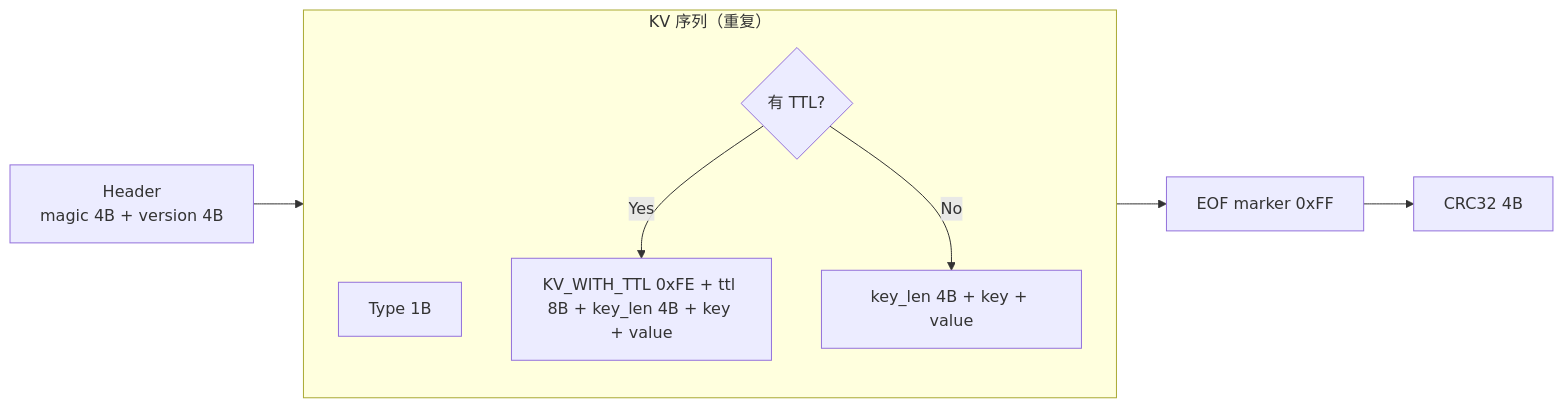
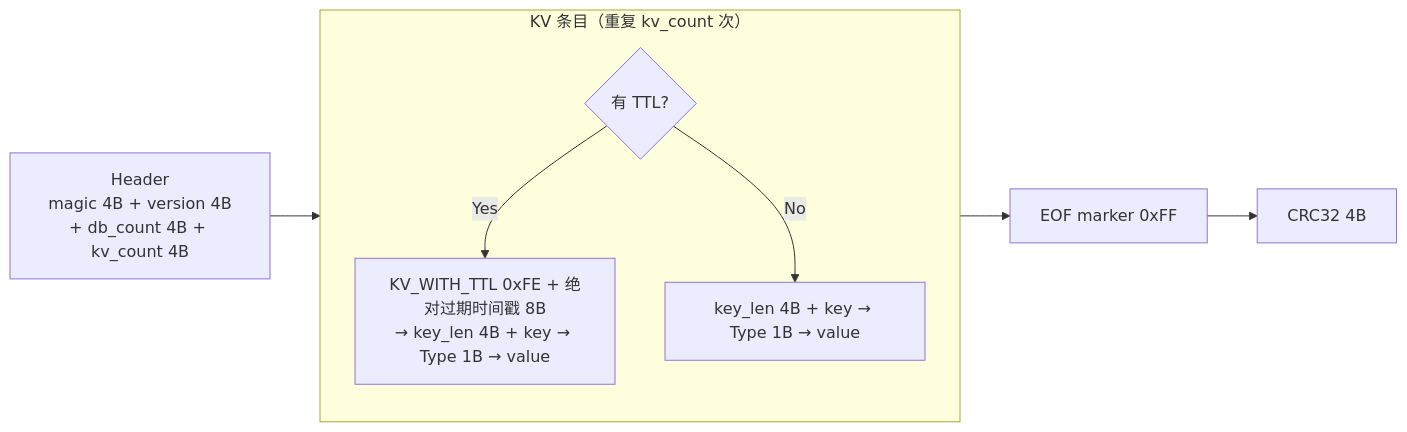
The first of 3 diagrams in docs/architecture/persistence.md (zimingttkx/ConcurrentCache), drawn with Mermaid before and after one commit. The commit also changed other lines of this file and 9 other files, not shown here.

````diff
--- a/docs/architecture/persistence.md
+++ b/docs/architecture/persistence.md
@@ -28,13 +29,12 @@
 ```mermaid
 flowchart LR
-    HDR[Header<br/>magic 4B + version 4B] --> KVS[KV 序列]
+    HDR[Header<br/>magic 4B + version 4B<br/>+ db_count 4B + kv_count 4B] --> KVS[KV 序列]
     KVS --> EOF[EOF marker 0xFF]
     EOF --> CRC[CRC32 4B]
 
-    subgraph KVS[KV 序列（重复）]
-        K1[Type 1B]
-        K1V{有 TTL?}
-        K1V -->|Yes| TTM[KV_WITH_TTL 0xFE + ttl 8B + key_len 4B + key + value]
-        K1V -->|No| NK[key_len 4B + key + value]
+    subgraph KVS[KV 条目（重复 kv_count 次）]
+        T{有 TTL?}
+        T -->|Yes| TTM[KV_WITH_TTL 0xFE + 绝对过期时间戳 8B<br/>→ key_len 4B + key → Type 1B → value]
+        T -->|No| NK[key_len 4B + key → Type 1B → value]
     end
 ```
````
